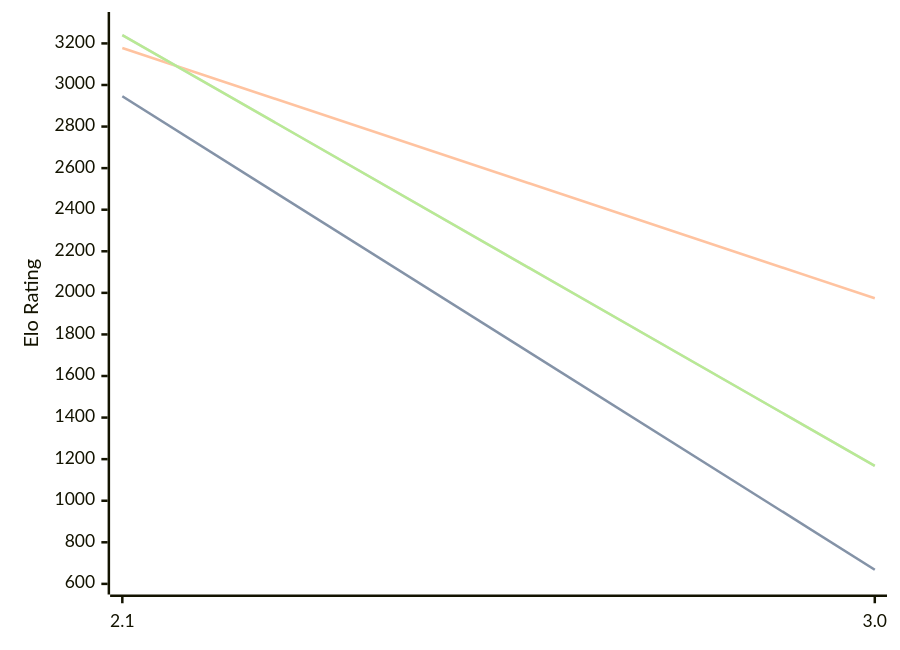
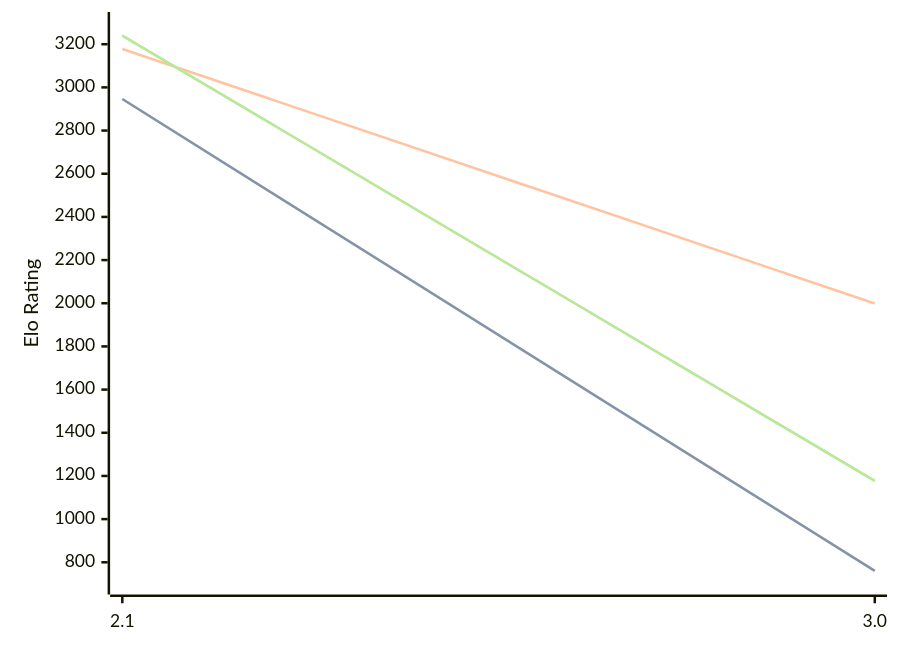
One commit to computer-chess-index/cci changed the diagram in engines/Quirky.md. Above: the diagram before and after it, drawn with Mermaid. The commit also changed other lines of this file, not shown here.

Commit message:
Update CCI Ratings (ELO VLTC) - 2026-05-22

````diff
--- a/engines/Quirky.md
+++ b/engines/Quirky.md
@@ -34,11 +34,11 @@
 ```mermaid
 %%{init: {"theme":"base","themeVariables":{"seriesColors:['#a3a3a3','#222221','#faa371']}}}%%
 xychart-beta
   x-axis ["2.1", "3.0"]
-  y-axis "Elo Rating" 600 --> 3300
-  line "STC (8.0+0.08s)" [2946, 668]
-  line "STC (8.0+0.08s)" [2946, 668]
-  line "LTC (60.0+0.60s)" [3178, 1974]
-  line "VLTC (2m24s+1.12s)" [3240, 1168]
-  line "VLTC (2m24s+1.12s)" [3240, 1168]
+  y-axis "Elo Rating" 700 --> 3300
+  line "STC (8.0+0.08s)" [2946, 760]
+  line "STC (8.0+0.08s)" [2946, 760]
+  line "LTC (60.0+0.60s)" [3178, 1999]
+  line "VLTC (2m24s+1.12s)" [3240, 1177]
+  line "VLTC (2m24s+1.12s)" [3240, 1177]
 ```
````
